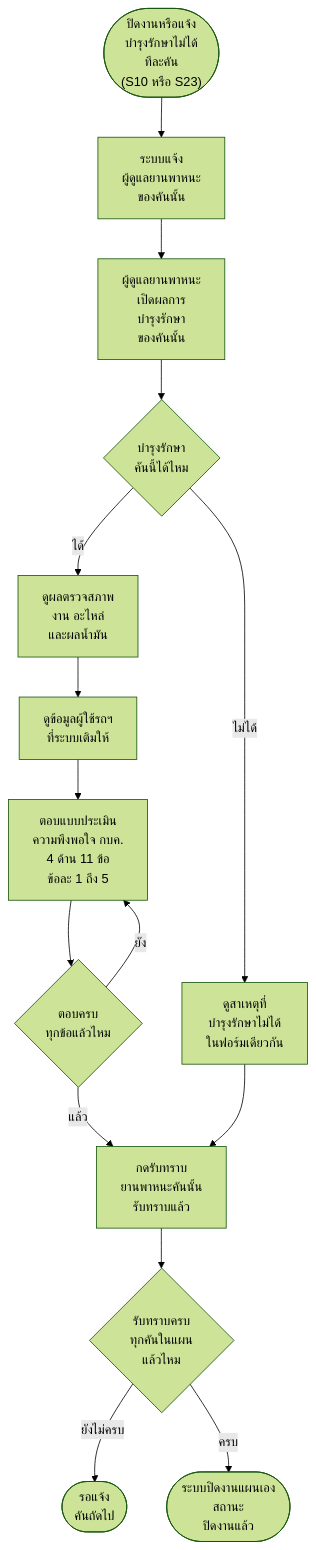
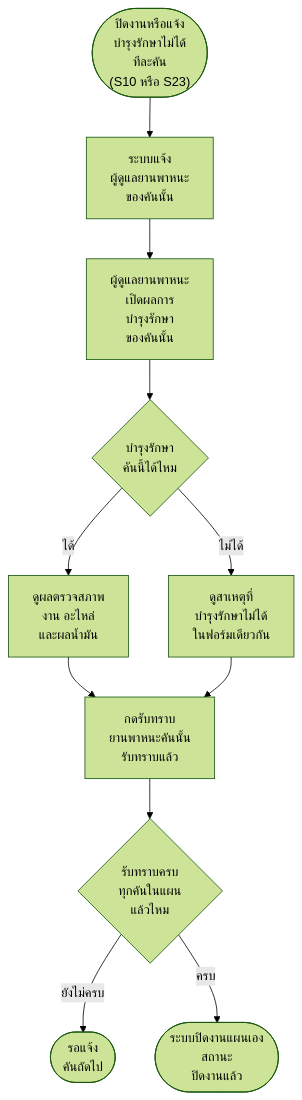
Diagram 15 of 18 in Diagram/01-บำรุงรักษาตามวาระ/27-บำรุงรักษา-flowchart-กิจกรรม.md (anugmail/Maintenance-Request-Form), drawn with Mermaid (forest theme) before and after one commit. The commit also changed other lines of this file and 8 other files, not shown here.

````diff
--- a/Diagram/01-บำรุงรักษาตามวาระ/27-บำรุงรักษา-flowchart-กิจกรรม.md
+++ b/Diagram/01-บำรุงรักษาตามวาระ/27-บำรุงรักษา-flowchart-กิจกรรม.md
@@ -334,17 +334,13 @@
 ```mermaid
 flowchart TD
     S(["ปิดงานหรือแจ้ง<br/>บำรุงรักษาไม่ได้<br/>ทีละคัน<br/>(S10 หรือ S23)"]) --> A1["ระบบแจ้ง<br/>ผู้ดูแลยานพาหนะ<br/>ของคันนั้น"]
     A1 --> A2["ผู้ดูแลยานพาหนะ<br/>เปิดผลการ<br/>บำรุงรักษา<br/>ของคันนั้น"]
     A2 --> Q1{"บำรุงรักษา<br/>คันนี้ได้ไหม"}
     Q1 -->|ได้| A3["ดูผลตรวจสภาพ<br/>งาน อะไหล่<br/>และผลน้ำมัน"]
-    A3 --> A7["ดูข้อมูลผู้ใช้รถฯ<br/>ที่ระบบเติมให้"]
-    A7 --> A4["ตอบแบบประเมิน<br/>ความพึงพอใจ กบค.<br/>4 ด้าน 11 ข้อ<br/>ข้อละ 1 ถึง 5"]
-    A4 --> Q2{"ตอบครบ<br/>ทุกข้อแล้วไหม"}
-    Q2 -->|ยัง| A4
-    Q2 -->|แล้ว| A6
+    A3 --> A6
     Q1 -->|ไม่ได้| A5["ดูสาเหตุที่<br/>บำรุงรักษาไม่ได้<br/>ในฟอร์มเดียวกัน"]
     A5 --> A6["กดรับทราบ<br/>ยานพาหนะคันนั้น<br/>รับทราบแล้ว"]
     A6 --> Q3{"รับทราบครบ<br/>ทุกคันในแผน<br/>แล้วไหม"}
     Q3 -->|ยังไม่ครบ| E1(["รอแจ้ง<br/>คันถัดไป"])
     Q3 -->|ครบ| E2(["ระบบปิดงานแผนเอง<br/>สถานะ<br/>ปิดงานแล้ว"])
 ```
````
